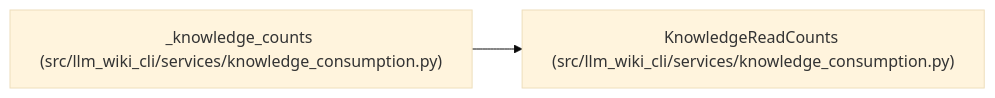
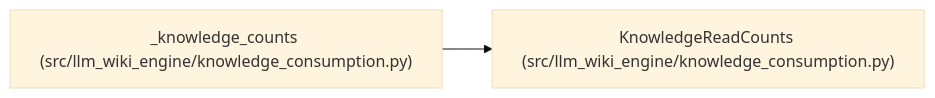
One commit to Denissvgn/python-wiki-llm changed the diagram in docs/llm_wiki/entities/KnowledgeReadCounts.md. Above: the diagram before and after it, drawn with Mermaid (base theme). The commit also changed other lines of this file and 1058 other files, not shown here.

First line of the commit message:
docs: refresh the wiki for the knowledge store move

````diff
--- a/docs/llm_wiki/entities/KnowledgeReadCounts.md
+++ b/docs/llm_wiki/entities/KnowledgeReadCounts.md
@@ -37,8 +37,8 @@
 ```mermaid
 flowchart LR
-    n0["KnowledgeReadCounts (src/llm_wiki_cli/services/knowledge_consumption.py)"]
-    n1["_knowledge_counts (src/llm_wiki_cli/services/knowledge_consumption.py)"]
+    n0["KnowledgeReadCounts (src/llm_wiki_engine/knowledge_consumption.py)"]
+    n1["_knowledge_counts (src/llm_wiki_engine/knowledge_consumption.py)"]
     n1 --> n0
     click n0 "../modules/knowledge_consumption.md"
     click n1 "../modules/knowledge_consumption.md"
 ```
````
